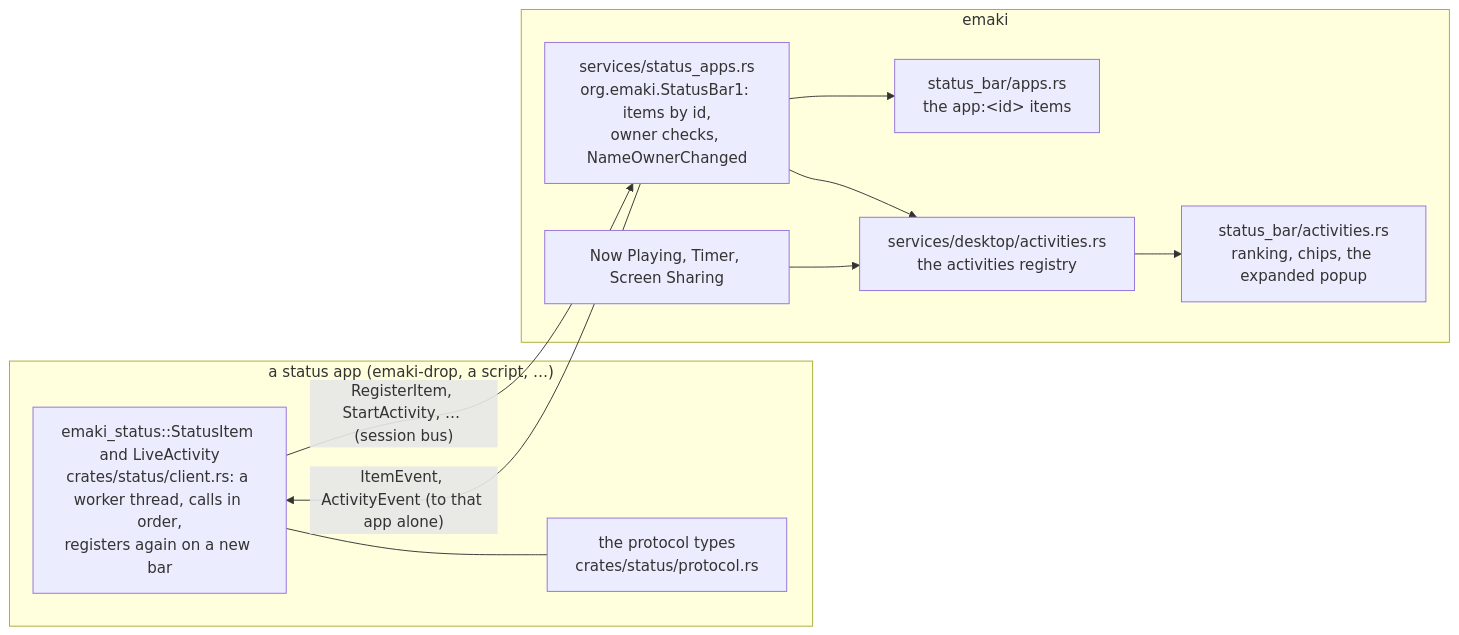
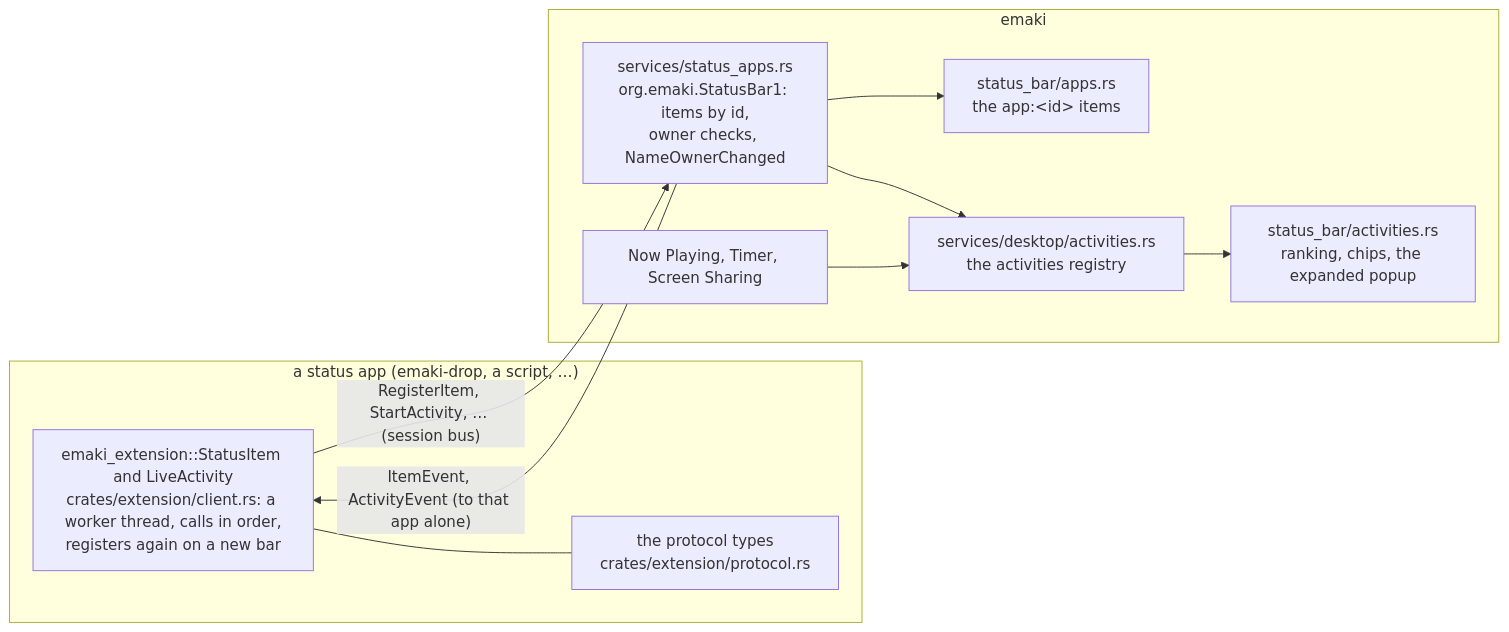
One commit to 098765434/amane-shell changed the diagram in docs/developer/integration/status-apps.md. Above: the diagram before and after it, drawn with Mermaid. The commit also changed other lines of this file and 29 other files, not shown here.

Commit message:
emaki-status is emaki-extension; the old name stays one release as a re-export

````diff
--- a/docs/developer/integration/status-apps.md
+++ b/docs/developer/integration/status-apps.md
@@ -343,21 +343,21 @@
 ```mermaid
 flowchart LR
     subgraph app["a status app (emaki-drop, a script, …)"]
-        client["emaki_status::StatusItem and LiveActivity<br/>crates/status/client.rs: a worker thread, calls in order,<br/>registers again on a new bar"]
-        protocol["the protocol types<br/>crates/status/protocol.rs"]
+        client["emaki_extension::StatusItem and LiveActivity<br/>crates/extension/client.rs: a worker thread, calls in order,<br/>registers again on a new bar"]
+        protocol["the protocol types<br/>crates/extension/protocol.rs"]
         client --- protocol
     end
     subgraph shell["emaki"]
         server["services/status_apps.rs<br/>org.emaki.StatusBar1: items by id,<br/>owner checks, NameOwnerChanged"]
         items["status_bar/apps.rs<br/>the app:&lt;id&gt; items"]
         registry["services/desktop/activities.rs<br/>the activities registry"]
         builtin["Now Playing, Timer, Screen Sharing"]
         chips["status_bar/activities.rs<br/>ranking, chips, the expanded popup"]
         server --> items
         server --> registry
         builtin --> registry
         registry --> chips
     end
     client -->|"RegisterItem, StartActivity, … (session bus)"| server
     server -->|"ItemEvent, ActivityEvent (to that app alone)"| client
 ```
````
